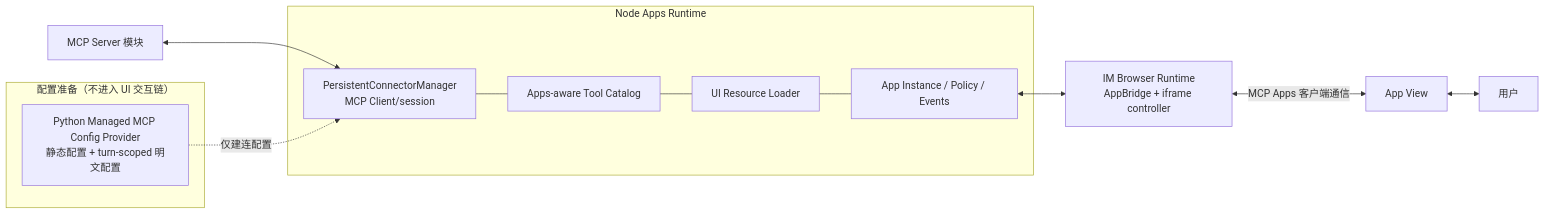
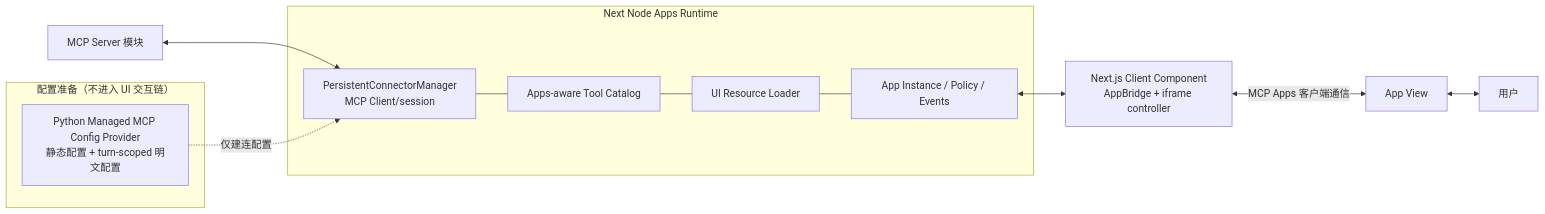
One commit to glide-the/im-dream changed the third of 3 diagrams in docs/design/claude-agent/mcp-apps-integration-strategy.md. Above: the diagram before and after it, drawn with Mermaid. The commit also changed other lines of this file and 7 other files, not shown here.

Commit message:
docs: require Next.js for MCP Apps host

````diff
--- a/docs/design/claude-agent/mcp-apps-integration-strategy.md
+++ b/docs/design/claude-agent/mcp-apps-integration-strategy.md
@@ -165,20 +164,20 @@
 ```mermaid
 flowchart LR
     subgraph CONFIG["配置准备（不进入 UI 交互链）"]
         P["Python Managed MCP Config Provider<br/>静态配置 + turn-scoped 明文配置"]
     end
 
-    subgraph HOST["Node Apps Runtime"]
+    subgraph HOST["Next Node Apps Runtime"]
         C["PersistentConnectorManager<br/>MCP Client/session"]
         T["Apps-aware Tool Catalog"]
         R["UI Resource Loader"]
         I["App Instance / Policy / Events"]
         C --- T --- R --- I
     end
 
     S["MCP Server 模块"] <--> C
     P -."仅建连配置".-> C
-    I <--> B["IM Browser Runtime<br/>AppBridge + iframe controller"]
+    I <--> B["Next.js Client Component<br/>AppBridge + iframe controller"]
     B <-->|"MCP Apps 客户端通信"| V["App View"]
     V <--> U["用户"]
 ```
````
